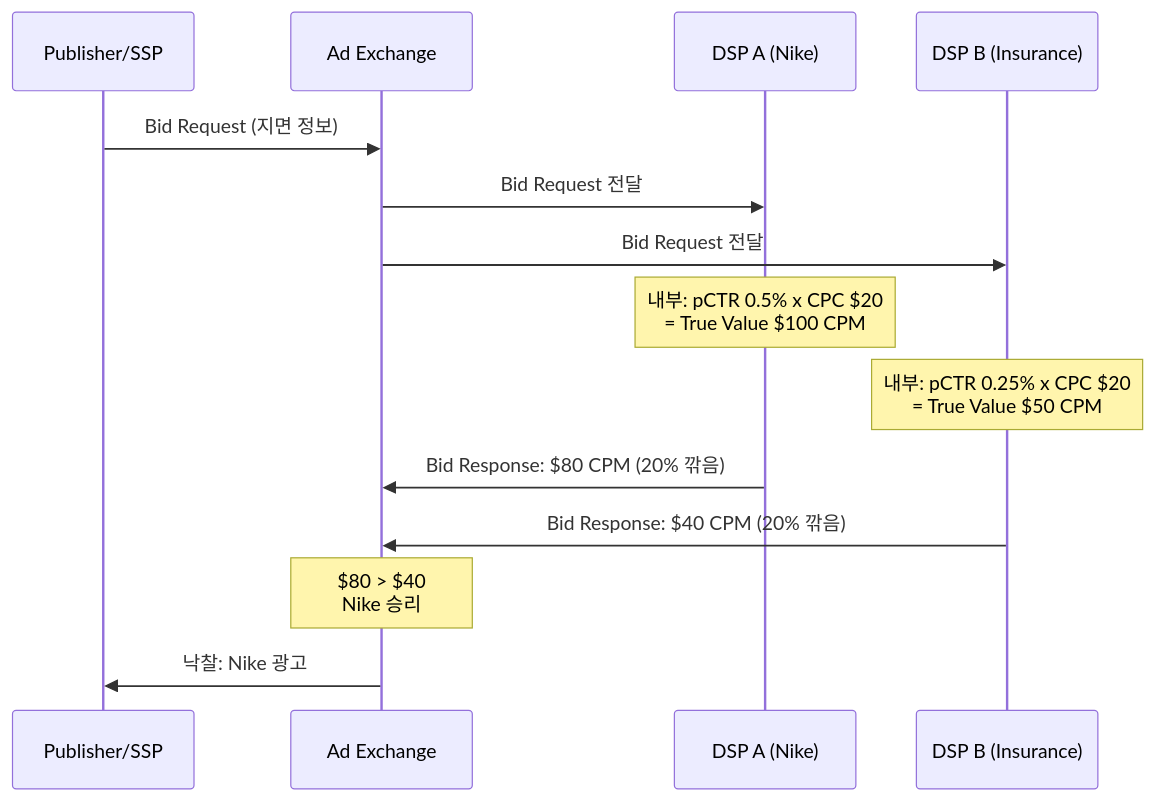
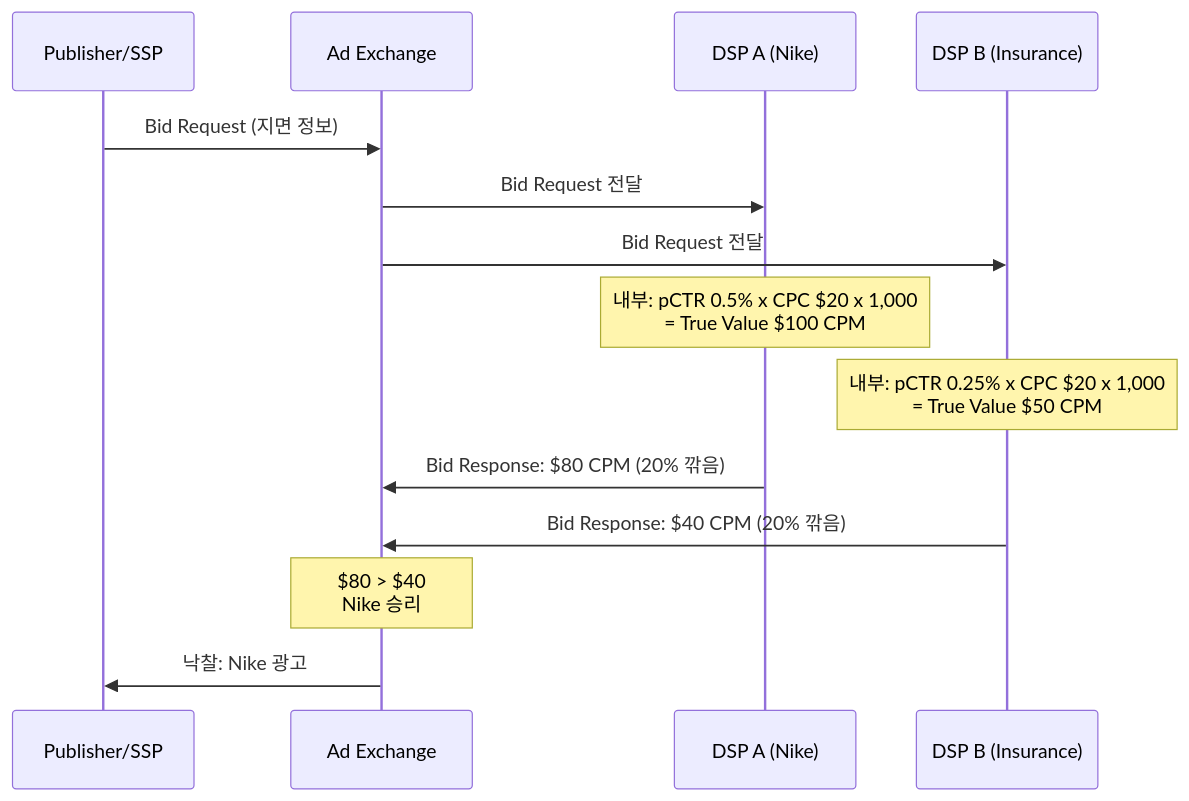
Before and after one commit to chkimsu/adtech-blog: the third of 4 diagrams in posts-easy/ecpm-ranking.md, drawn with Mermaid. The commit also changed other lines of this file and 1 other file, not shown here.

````diff
--- a/posts-easy/ecpm-ranking.md
+++ b/posts-easy/ecpm-ranking.md
@@ -198,21 +198,21 @@
 ```mermaid
 sequenceDiagram
     participant PUB as Publisher/SSP
     participant EX as Ad Exchange
     participant DSP_A as DSP A (Nike)
     participant DSP_B as DSP B (Insurance)
 
     PUB->>EX: Bid Request (지면 정보)
     EX->>DSP_A: Bid Request 전달
     EX->>DSP_B: Bid Request 전달
 
-    Note over DSP_A: 내부: pCTR 0.5% x CPC $20<br/>= True Value $100 CPM
-    Note over DSP_B: 내부: pCTR 0.25% x CPC $20<br/>= True Value $50 CPM
+    Note over DSP_A: 내부: pCTR 0.5% x CPC $20 x 1,000<br/>= True Value $100 CPM
+    Note over DSP_B: 내부: pCTR 0.25% x CPC $20 x 1,000<br/>= True Value $50 CPM
 
     DSP_A->>EX: Bid Response: $80 CPM (20% 깎음)
     DSP_B->>EX: Bid Response: $40 CPM (20% 깎음)
 
     Note over EX: $80 > $40<br/>Nike 승리
 
     EX->>PUB: 낙찰: Nike 광고
 ```
````
